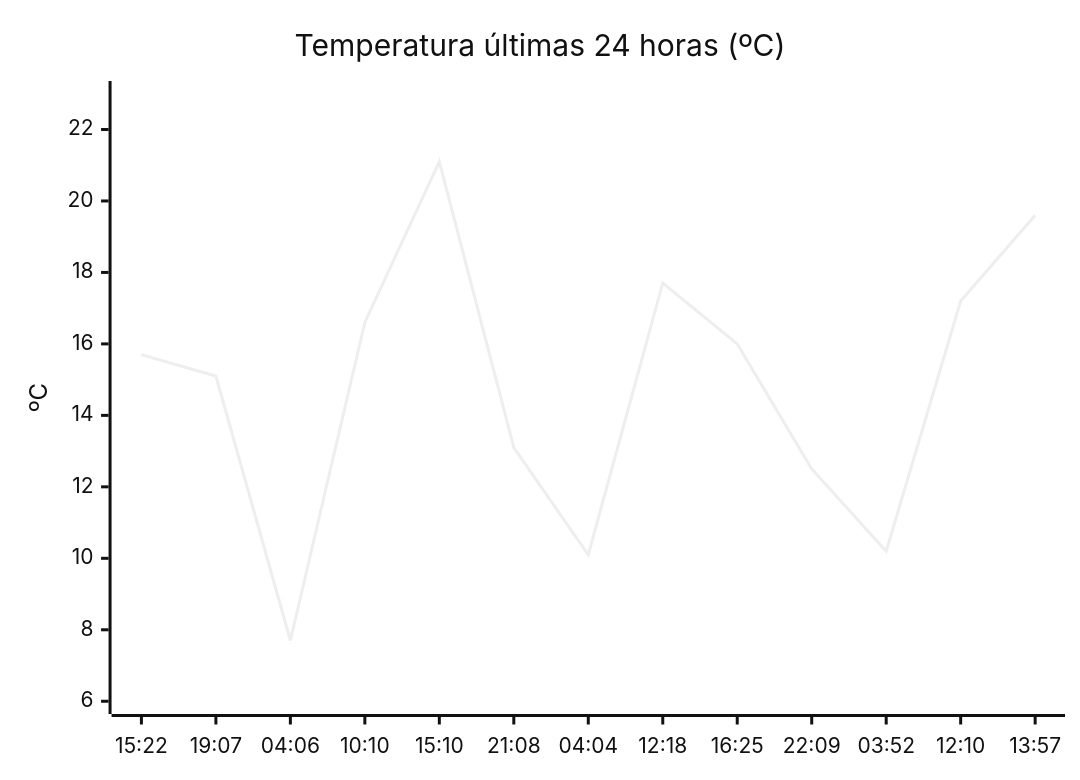
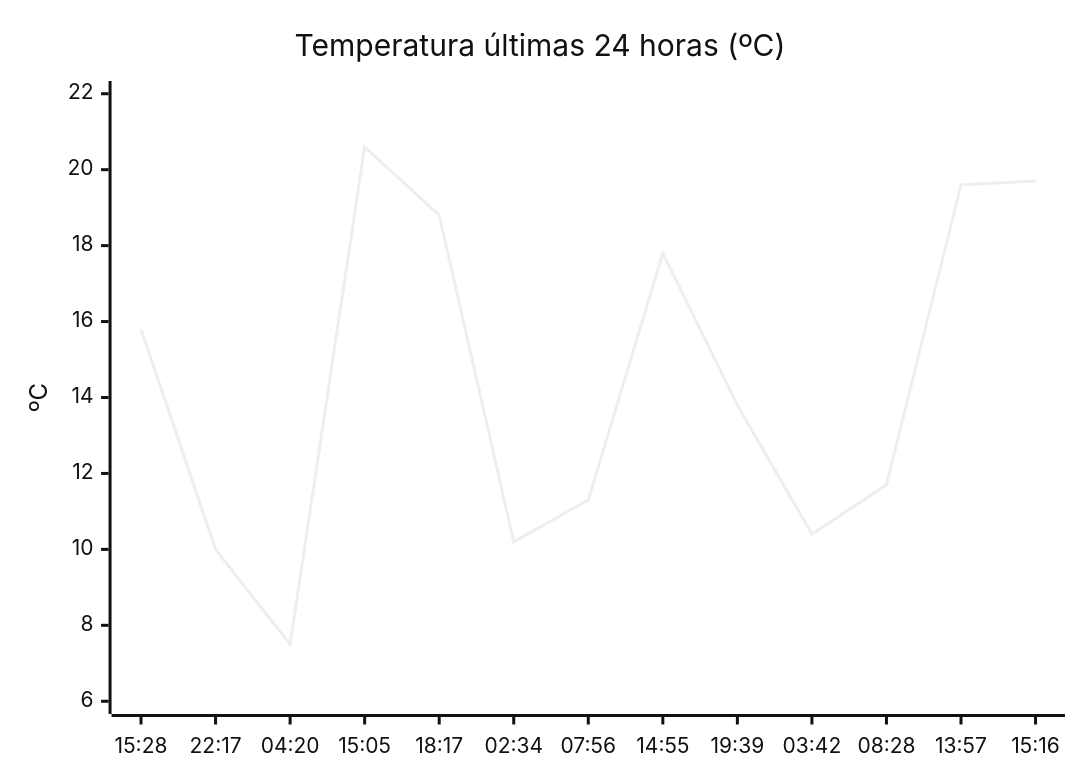
Before and after one commit to solidsnk86/rem-scrap: the diagram in README.md, drawn with Mermaid (neutral theme). The commit also changed other lines of this file, not shown here.

````diff
--- a/README.md
+++ b/README.md
@@ -28,7 +36,7 @@
 ```mermaid
 xychart-beta
     title "Temperatura últimas 24 horas (ºC)"
-    x-axis ["15:22", "19:07", "04:06", "10:10", "15:10", "21:08", "04:04", "12:18", "16:25", "22:09", "03:52", "12:10", "13:57"]
-    y-axis "ºC" 6 --> 23
-    line [15.7, 15.1, 7.7, 16.6, 21.1, 13.1, 10.1, 17.7, 16, 12.5, 10.2, 17.2, 19.6]
+    x-axis ["15:28", "22:17", "04:20", "15:05", "18:17", "02:34", "07:56", "14:55", "19:39", "03:42", "08:28", "13:57", "15:16"]
+    y-axis "ºC" 6 --> 22
+    line [15.8, 10, 7.5, 20.6, 18.8, 10.2, 11.3, 17.8, 13.8, 10.4, 11.7, 19.6, 19.7]
 ```
````
